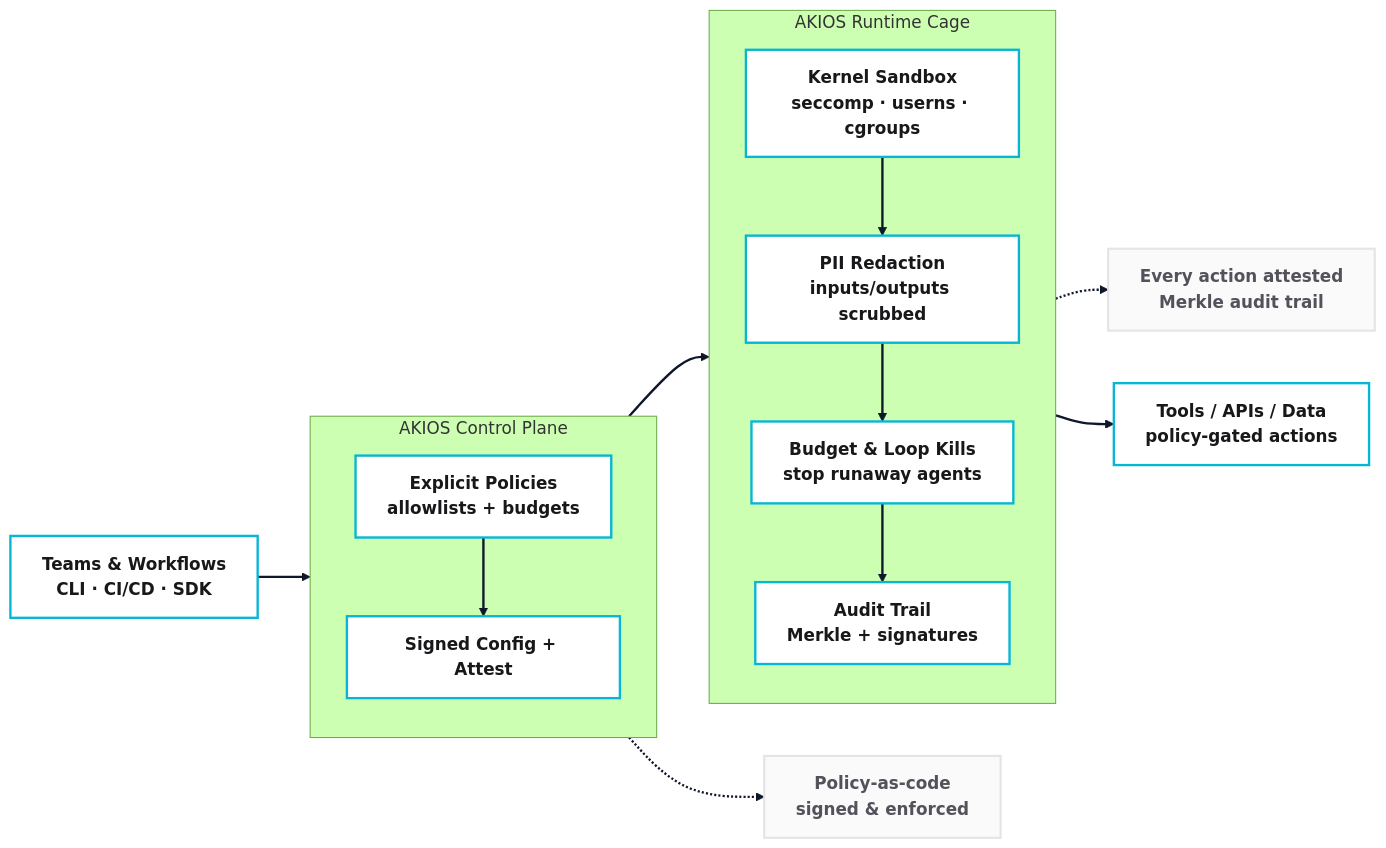
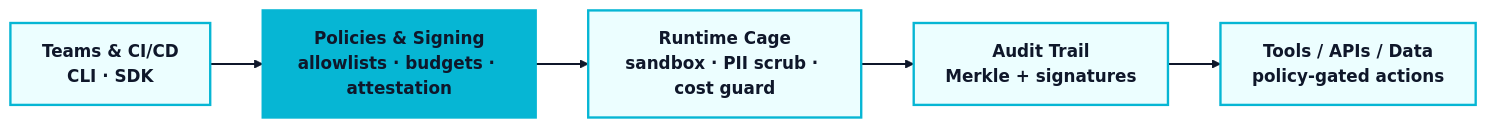
Before and after one commit to akios-ai/website: the diagram in site/assets/img/hero-arch.mmd, drawn with Mermaid (forest theme). The commit also changed 2 other files, not shown here.

Commit message:
Simplify hero diagram to single-row macro view

```diff
--- a/site/assets/img/hero-arch.mmd
+++ b/site/assets/img/hero-arch.mmd
@@ -1,34 +1,13 @@
 flowchart LR
-  %% Macro, value-focused view for hero
-  classDef core fill:#06b6d4,stroke:#06b6d4,stroke-width:3,color:#18181b,font-weight:700
-  classDef layer fill:#ffffff,stroke:#06b6d4,stroke-width:2.25,color:#18181b,font-weight:650
-  classDef aux fill:#fafafa,stroke:#e4e4e7,stroke-width:2,color:#52525b,font-weight:550
-  linkStyle default stroke:#0f172a,stroke-width:2.25,color:#0f172a
+  %% Compact macro view for hero (single row, brand palette)
+  classDef node fill:#ecfeff,stroke:#06b6d4,stroke-width:2.25,color:#0f172a,font-weight:700
+  classDef accent fill:#06b6d4,stroke:#06b6d4,stroke-width:2.25,color:#0f172a,font-weight:750
+  linkStyle default stroke:#0f172a,stroke-width:2,color:#0f172a
 
-  USERS[Teams & Workflows\nCLI · CI/CD · SDK]:::layer
+  TEAMS[Teams & CI/CD\nCLI · SDK]:::node
+  POLICY[Policies & Signing\nallowlists · budgets · attestation]:::accent
+  RUNTIME[Runtime Cage\nsandbox · PII scrub · cost guard]:::node
+  AUDIT[Audit Trail\nMerkle + signatures]:::node
+  TOOLS[Tools / APIs / Data\npolicy-gated actions]:::node
 
-  subgraph AK[AKIOS Control Plane]
-    direction TB
-    POL[Explicit Policies\nallowlists + budgets]:::layer
-    SIG[Signed Config + Attest]:::layer
-    POL --> SIG
-  end
-
-  subgraph RT[AKIOS Runtime Cage]
-    direction TB
-    SB[Kernel Sandbox\nseccomp · userns · cgroups]:::layer
-    PII[PII Redaction\ninputs/outputs scrubbed]:::layer
-    KILL[Budget & Loop Kills\nstop runaway agents]:::layer
-    AUD[Audit Trail\nMerkle + signatures]:::layer
-    SB --> PII --> KILL --> AUD
-  end
-
-  DEST[Tools / APIs / Data\npolicy-gated actions]:::layer
-
-  USERS --> AK --> RT --> DEST
-
-  V1[Policy-as-code\nsigned & enforced]:::aux
-  V2[Every action attested\nMerkle audit trail]:::aux
-
-  POL -.-> V1
-  AUD -.-> V2
+  TEAMS --> POLICY --> RUNTIME --> AUDIT --> TOOLS
```
